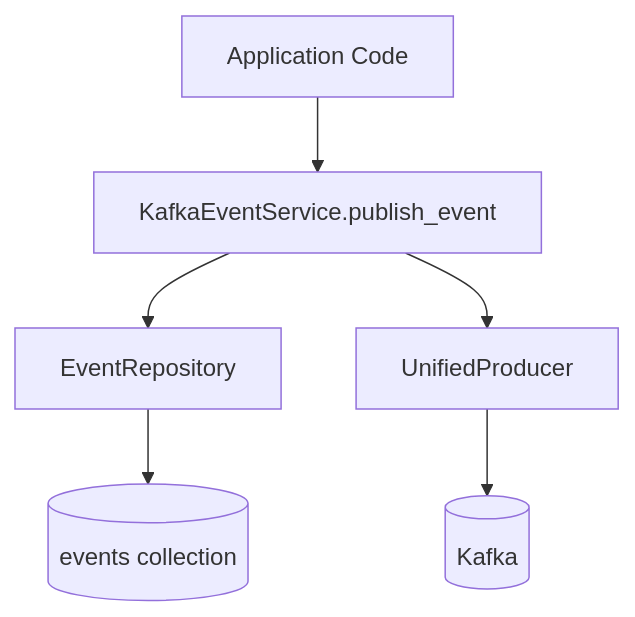
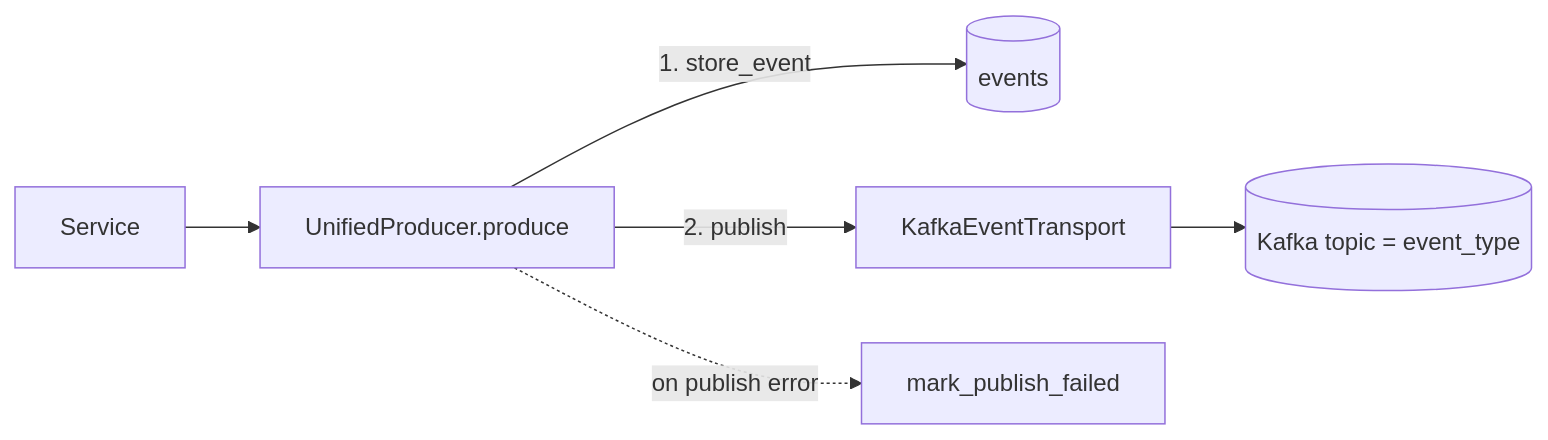
Before and after one commit to HardMax71/Integr8sCode: the diagram in docs/architecture/event-storage.md, drawn with Mermaid. The commit also changed other lines of this file and 304 other files, not shown here.

````diff
--- a/docs/architecture/event-storage.md
+++ b/docs/architecture/event-storage.md
@@ -34,8 +22,8 @@
 ```mermaid
-graph TD
-    App[Application Code] --> KES[KafkaEventService.publish_event]
-    KES --> Repo[EventRepository]
-    Repo --> Events[(events collection)]
-    KES --> Producer[UnifiedProducer]
-    Producer --> Kafka[(Kafka)]
+graph LR
+    Svc[Service] --> UP[UnifiedProducer.produce]
+    UP -->|1. store_event| Events[(events)]
+    UP -->|2. publish| Transport[KafkaEventTransport]
+    Transport --> Kafka[(Kafka topic = event_type)]
+    UP -.->|on publish error| Mark[mark_publish_failed]
 ```
````
